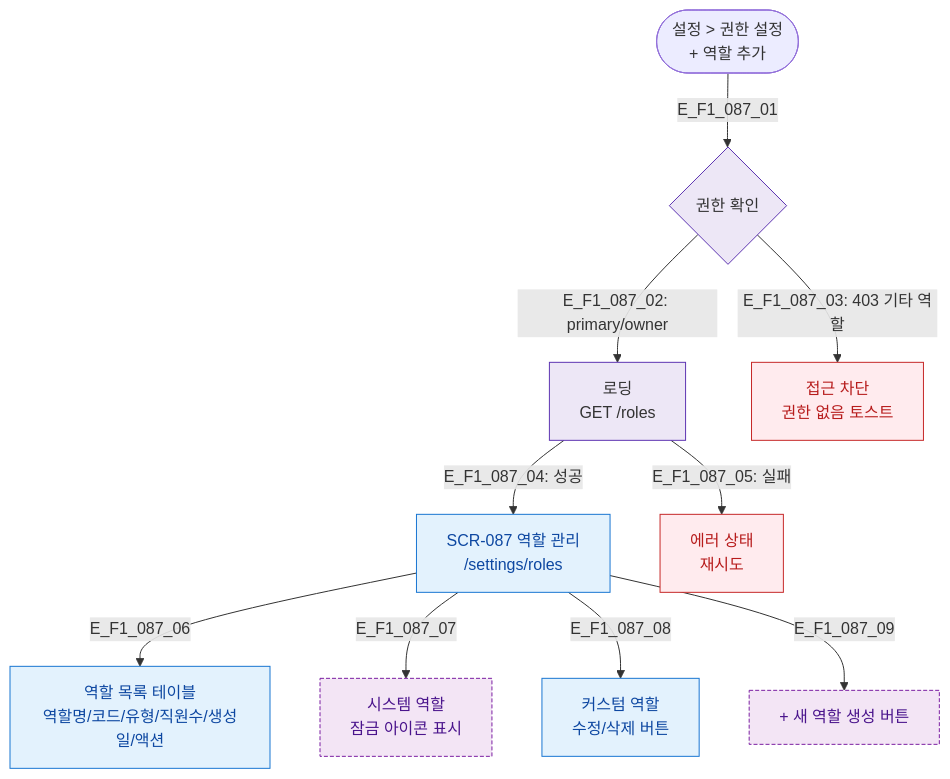
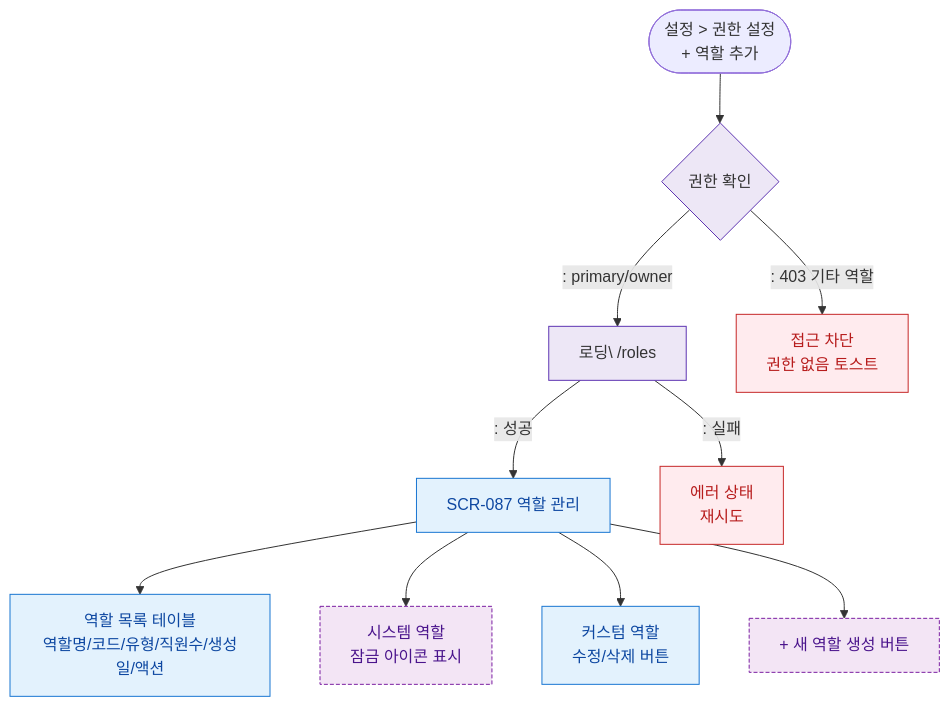
One commit to dev-spogym/admin-pando changed the diagram in docs/다이어그램/D09_설정관리/SCR-087_커스텀역할생성/F1_진입.md. Above: the diagram before and after it, drawn with Mermaid. The commit also changed other lines of this file and 1660 other files, not shown here.

First line of the commit message:
다이어그램: 기획자/클라이언트 납품본으로 정리

````diff
--- a/docs/다이어그램/D09_설정관리/SCR-087_커스텀역할생성/F1_진입.md
+++ b/docs/다이어그램/D09_설정관리/SCR-087_커스텀역할생성/F1_진입.md
@@ -14,23 +12,23 @@
 ```mermaid
 flowchart TD
-    Sidebar([설정 > 권한 설정\n+ 역할 추가]) -->|E_F1_087_01| Auth{권한 확인}
-    Auth -->|"E_F1_087_02: primary/owner"| Loading[로딩\nGET /roles]
-    Auth -->|"E_F1_087_03: 403 기타 역할"| Blocked[접근 차단\n권한 없음 토스트]
+    Sidebar([설정 > 권한 설정\n+ 역할 추가]) --> Auth{권한 확인}
+    Auth -->|": primary/owner"|Loading[로딩\ /roles]
+    Auth -->|": 403 기타 역할"|Blocked[접근 차단\n권한 없음 토스트]
 
-    Loading -->|"E_F1_087_04: 성공"| SCR087[SCR-087 역할 관리\n/settings/roles]
-    Loading -->|"E_F1_087_05: 실패"| ErrorState[에러 상태\n재시도]
+    Loading -->|": 성공"|SCR087[SCR-087 역할 관리\n]
+    Loading -->|": 실패"|ErrorState[에러 상태\n재시도]
 
-    SCR087 -->|E_F1_087_06| RoleTable[역할 목록 테이블\n역할명/코드/유형/직원수/생성일/액션]
-    SCR087 -->|E_F1_087_07| SystemRoles[시스템 역할\n잠금 아이콘 표시]
-    SCR087 -->|E_F1_087_08| CustomRoles[커스텀 역할\n수정/삭제 버튼]
-    SCR087 -->|E_F1_087_09| BtnNewRole[+ 새 역할 생성 버튼]
+    SCR087 --> RoleTable[역할 목록 테이블\n역할명/코드/유형/직원수/생성일/액션]
+    SCR087 --> SystemRoles[시스템 역할\n잠금 아이콘 표시]
+    SCR087 --> CustomRoles[커스텀 역할\n수정/삭제 버튼]
+    SCR087 --> BtnNewRole[+ 새 역할 생성 버튼]
 
     classDef screen fill:#E3F2FD,stroke:#1976D2,color:#0D47A1
     classDef newFeature fill:#F3E5F5,stroke:#7B1FA2,color:#4A148C,stroke-dasharray:4 2
     classDef error fill:#FFEBEE,stroke:#C62828,color:#B71C1C
     classDef system fill:#EDE7F6,stroke:#5E35B2
     class SCR087,RoleTable,CustomRoles screen
     class BtnNewRole,SystemRoles newFeature
     class ErrorState,Blocked error
     class Loading,Auth system
 ```
````
